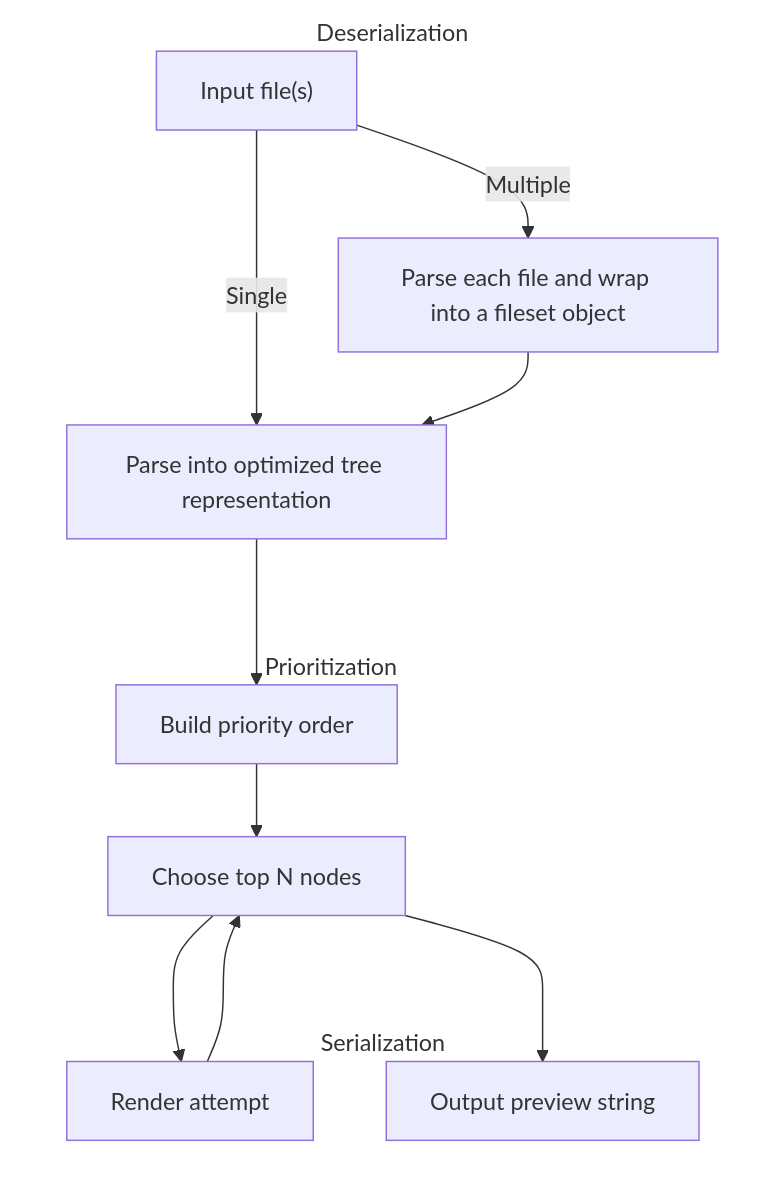
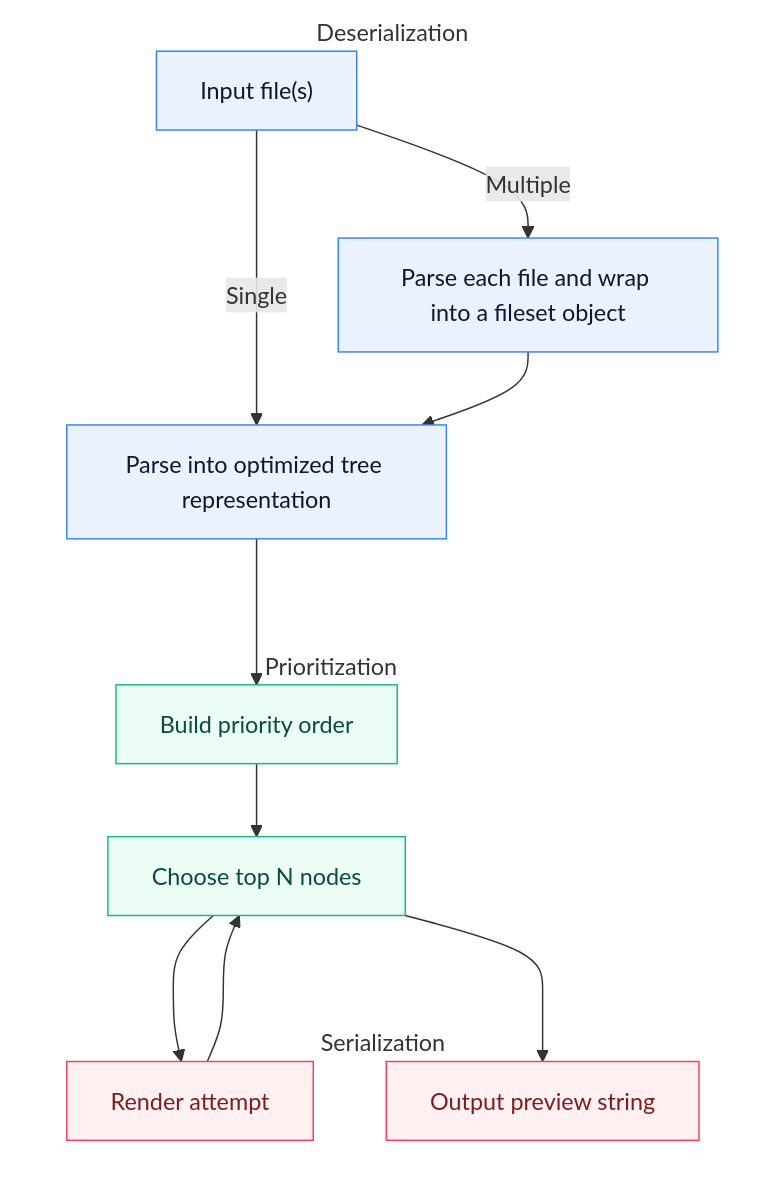
The diagram in README.md (kantord/headson), drawn with Mermaid before and after one commit.

````diff
--- a/README.md
+++ b/README.md
@@ -153,25 +153,32 @@
 ```mermaid
 flowchart TD
     subgraph Deserialization
         A["Input file(s)"]
         A -- Single --> C["Parse into optimized tree representation"]
         A -- Multiple --> D["Parse each file and wrap into a fileset object"]
         D --> C
     end
     subgraph Prioritization
         E["Build priority order"]
         F["Choose top N nodes"]
     end
     subgraph Serialization
         G["Render attempt"]
         H["Output preview string"]
     end
     C --> E
     E --> F
     F --> G
     G --> F
     F --> H
+    %% Color classes for categories
+    classDef des fill:#eaf2ff,stroke:#3b82f6,stroke-width:1px,color:#0f172a;
+    classDef prio fill:#ecfdf5,stroke:#10b981,stroke-width:1px,color:#064e3b;
+    classDef ser fill:#fff1f2,stroke:#f43f5e,stroke-width:1px,color:#7f1d1d;
+    class A,C,D des;
+    class E,F prio;
+    class G,H ser;
     style Deserialization fill:transparent,stroke:transparent
     style Prioritization fill:transparent,stroke:transparent
     style Serialization fill:transparent,stroke:transparent
 ```
````
